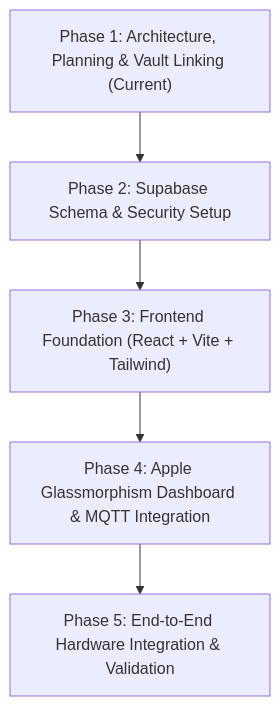
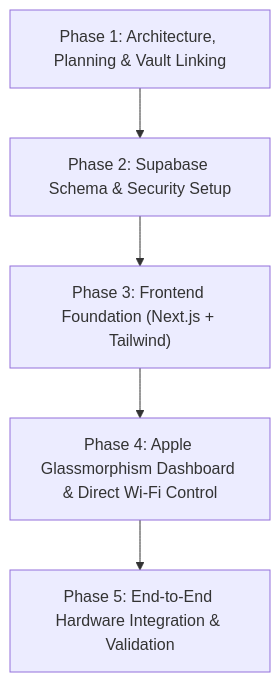
The diagram in Docs/Implementation Plan and Roadmap.md (JerichoDelosReyes/PawStation), drawn with Mermaid before and after one commit. The commit also changed other lines of this file and 22 other files, not shown here.

Commit message:
refactor: remove HiveMQ and MQTT, migrate to direct ESP32 Wi-Fi architecture

````diff
--- a/Docs/Implementation Plan and Roadmap.md
+++ b/Docs/Implementation Plan and Roadmap.md
@@ -35,7 +35,7 @@
 ```mermaid
 flowchart TD
-    P1["Phase 1: Architecture, Planning & Vault Linking (Current)"] --> P2["Phase 2: Supabase Schema & Security Setup"]
-    P2 --> P3["Phase 3: Frontend Foundation (React + Vite + Tailwind)"]
-    P3 --> P4["Phase 4: Apple Glassmorphism Dashboard & MQTT Integration"]
+    P1["Phase 1: Architecture, Planning & Vault Linking"] --> P2["Phase 2: Supabase Schema & Security Setup"]
+    P2 --> P3["Phase 3: Frontend Foundation (Next.js + Tailwind)"]
+    P3 --> P4["Phase 4: Apple Glassmorphism Dashboard & Direct Wi-Fi Control"]
     P4 --> P5["Phase 5: End-to-End Hardware Integration & Validation"]
 ```
````
